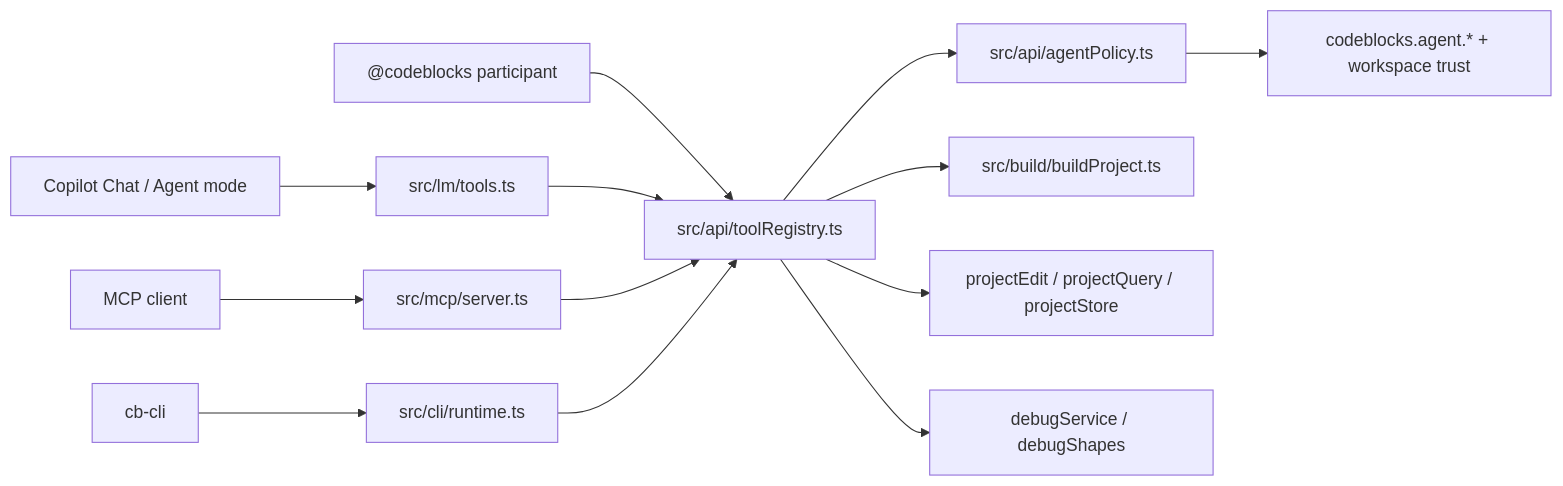
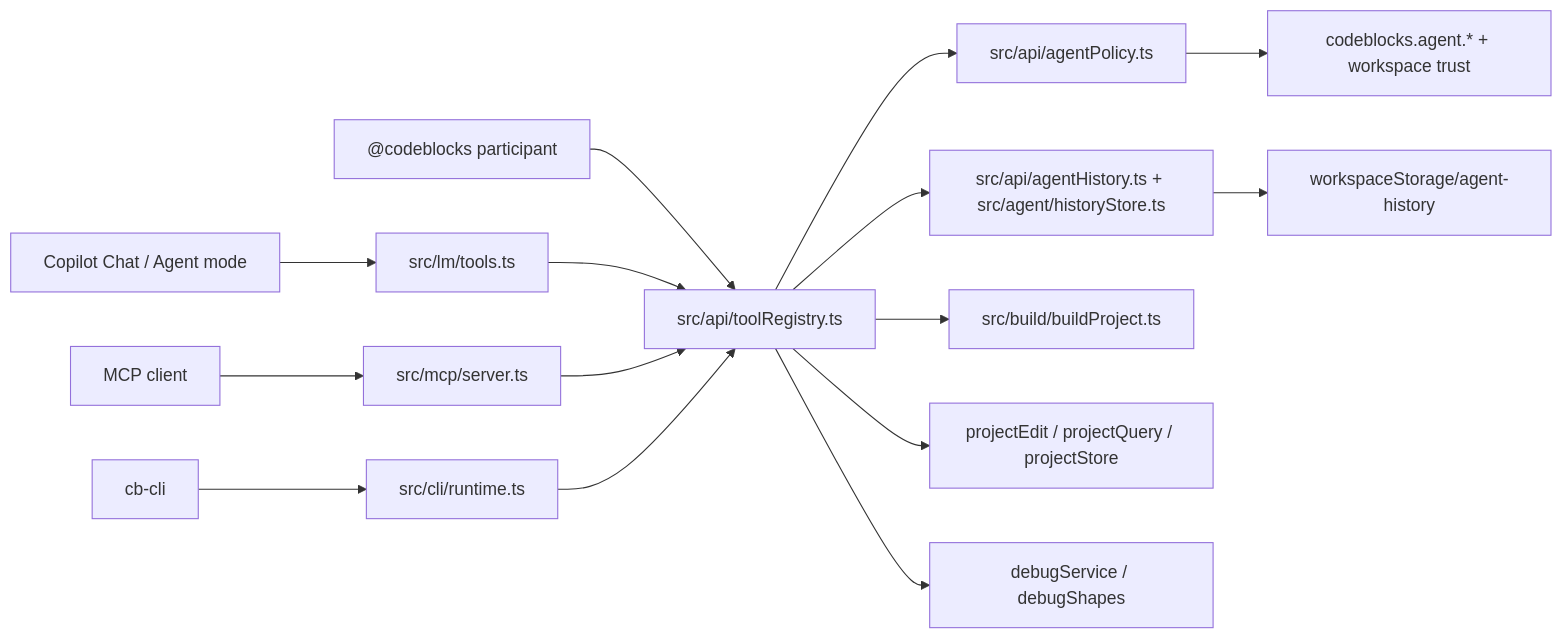
One commit to robinmaomao/vscode-codeblocks-emu changed the second of 2 diagrams in docs/dev/architecture.md. Above: the diagram before and after it, drawn with Mermaid. The commit also changed other lines of this file and 43 other files, not shown here.

````diff
--- a/docs/dev/architecture.md
+++ b/docs/dev/architecture.md
@@ -57,15 +57,17 @@
 ```mermaid
 flowchart LR
   Copilot["Copilot Chat / Agent mode"] --> LM["src/lm/tools.ts"]
   MCP["MCP client"] --> MCPServer["src/mcp/server.ts"]
   CLI["cb-cli"] --> Runtime["src/cli/runtime.ts"]
   Chat["@codeblocks participant"] --> Registry
   LM --> Registry["src/api/toolRegistry.ts"]
   MCPServer --> Registry
   Runtime --> Registry
   Registry --> Policy["src/api/agentPolicy.ts"]
+  Registry --> History["src/api/agentHistory.ts + src/agent/historyStore.ts"]
   Registry --> BuildCore["src/build/buildProject.ts"]
   Registry --> Project["projectEdit / projectQuery / projectStore"]
   Registry --> Debug["debugService / debugShapes"]
   Policy --> Settings["codeblocks.agent.* + workspace trust"]
+  History --> Storage["workspaceStorage/agent-history"]
 ```
````
